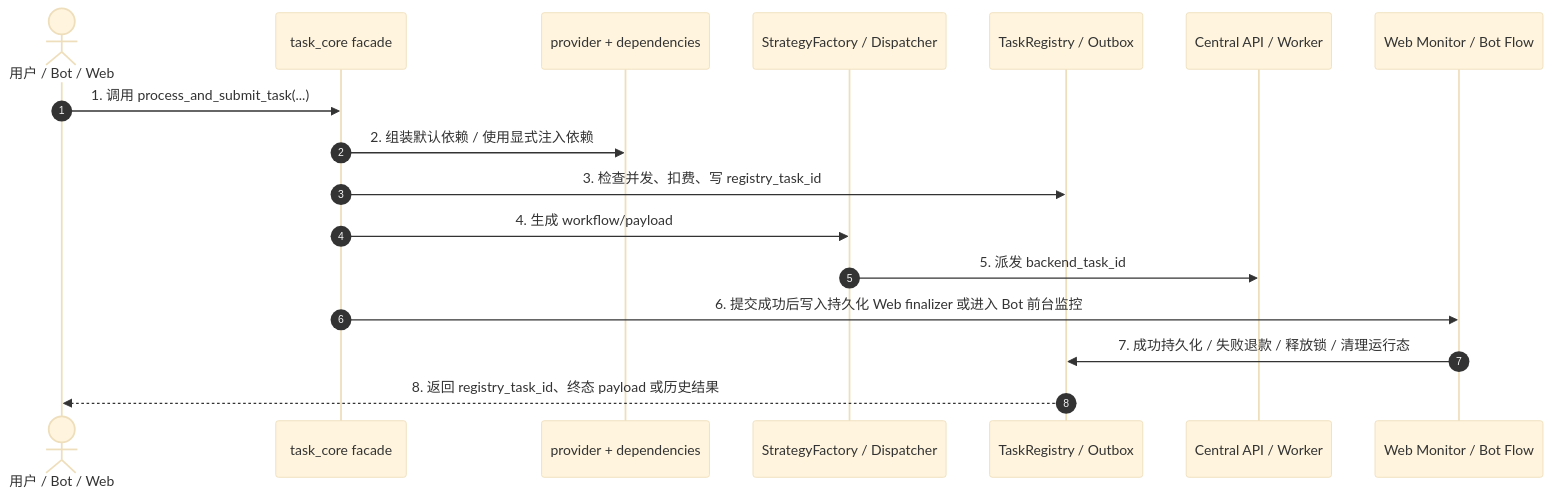
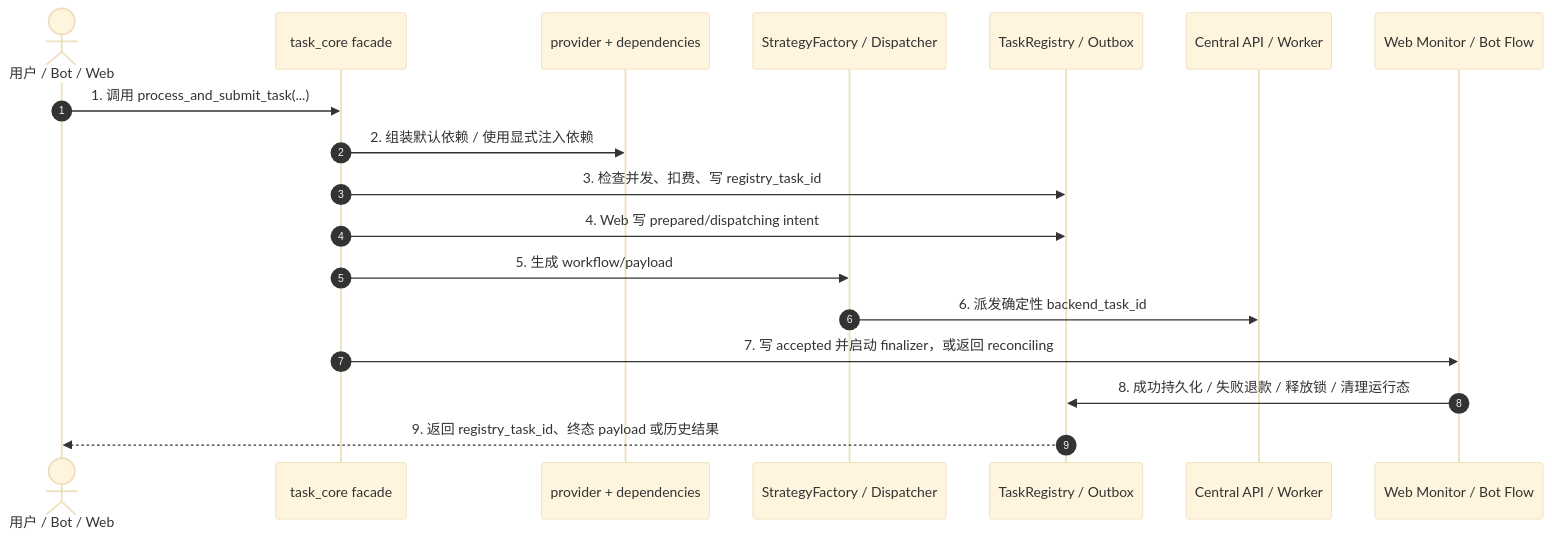
One commit to giraffu/All_bot changed the diagram in docs/子模块_任务调度_task_scheduler.md. Above: the diagram before and after it, drawn with Mermaid (base theme). The commit also changed other lines of this file and 21 other files, not shown here.

Commit message:
fix(task): persist web submission intent before dispatch

````diff
--- a/docs/子模块_任务调度_task_scheduler.md
+++ b/docs/子模块_任务调度_task_scheduler.md
@@ -60,20 +60,21 @@
 ```mermaid
 sequenceDiagram
     autonumber
     actor U as 用户 / Bot / Web
     participant Facade as task_core facade
     participant Deps as provider + dependencies
     participant Dispatcher as StrategyFactory / Dispatcher
     participant Registry as TaskRegistry / Outbox
     participant Backend as Central API / Worker
     participant Monitor as Web Monitor / Bot Flow
 
     U->>Facade: 1. 调用 process_and_submit_task(...)
     Facade->>Deps: 2. 组装默认依赖 / 使用显式注入依赖
     Facade->>Registry: 3. 检查并发、扣费、写 registry_task_id
-    Facade->>Dispatcher: 4. 生成 workflow/payload
-    Dispatcher->>Backend: 5. 派发 backend_task_id
-    Facade->>Monitor: 6. 提交成功后写入持久化 Web finalizer 或进入 Bot 前台监控
-    Monitor->>Registry: 7. 成功持久化 / 失败退款 / 释放锁 / 清理运行态
-    Registry-->>U: 8. 返回 registry_task_id、终态 payload 或历史结果
+    Facade->>Registry: 4. Web 写 prepared/dispatching intent
+    Facade->>Dispatcher: 5. 生成 workflow/payload
+    Dispatcher->>Backend: 6. 派发确定性 backend_task_id
+    Facade->>Monitor: 7. 写 accepted 并启动 finalizer，或返回 reconciling
+    Monitor->>Registry: 8. 成功持久化 / 失败退款 / 释放锁 / 清理运行态
+    Registry-->>U: 9. 返回 registry_task_id、终态 payload 或历史结果
 ```
````
